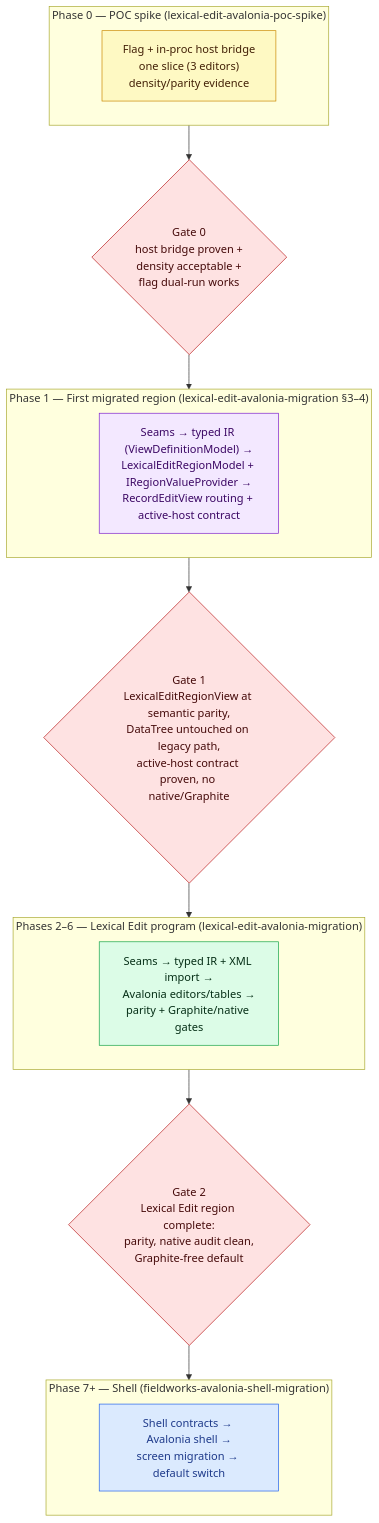
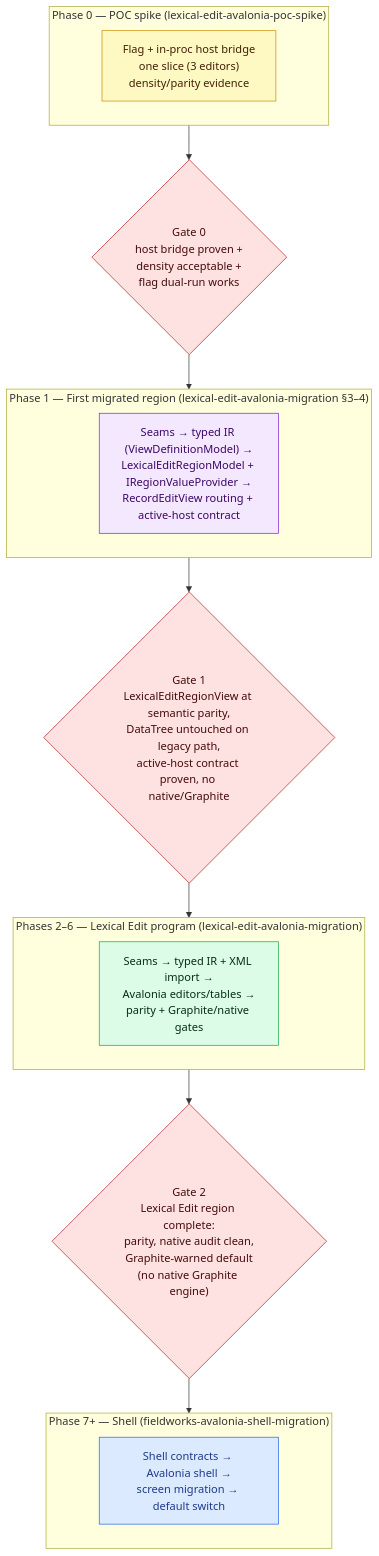
One commit to sillsdev/FieldWorks changed the first of 2 diagrams in openspec/changes/avalonia-migration-roadmap/design.md. Above: the diagram before and after it, drawn with Mermaid. The commit also changed other lines of this file and 10 other files, not shown here.

Commit message:
Pull out Graphite decommissioning to another spec.

````diff
--- a/openspec/changes/avalonia-migration-roadmap/design.md
+++ b/openspec/changes/avalonia-migration-roadmap/design.md
@@ -78,31 +78,31 @@
 ```mermaid
 flowchart TB
   subgraph P0["Phase 0 — POC spike (lexical-edit-avalonia-poc-spike)"]
     direction LR
     A0["Flag + in-proc host bridge<br/>one slice (3 editors)<br/>density/parity evidence"]:::poc
   end
   subgraph P1["Phase 1 — First migrated region (lexical-edit-avalonia-migration §3–4)"]
     direction LR
     A1["Seams → typed IR (ViewDefinitionModel) →<br/>LexicalEditRegionModel + IRegionValueProvider →<br/>RecordEditView routing + active-host contract"]:::region
   end
   subgraph P2["Phases 2–6 — Lexical Edit program (lexical-edit-avalonia-migration)"]
     direction LR
     A2["Seams → typed IR + XML import →<br/>Avalonia editors/tables →<br/>parity + Graphite/native gates"]:::spine
   end
   subgraph P7["Phase 7+ — Shell (fieldworks-avalonia-shell-migration)"]
     direction LR
     A7["Shell contracts → Avalonia shell →<br/>screen migration → default switch"]:::shell
   end
 
   G0{"Gate 0<br/>host bridge proven +<br/>density acceptable +<br/>flag dual-run works"}:::gate
   G1{"Gate 1<br/>LexicalEditRegionView at semantic parity,<br/>DataTree untouched on legacy path,<br/>active-host contract proven, no native/Graphite"}:::gate
-  G2{"Gate 2<br/>Lexical Edit region complete:<br/>parity, native audit clean,<br/>Graphite-free default"}:::gate
+  G2{"Gate 2<br/>Lexical Edit region complete:<br/>parity, native audit clean,<br/>Graphite-warned default<br/>(no native Graphite engine)"}:::gate
 
   P0 --> G0 --> P1 --> G1 --> P2 --> G2 --> P7
 
   classDef poc fill:#fef9c3,stroke:#ca8a04,color:#422006;
   classDef region fill:#f3e8ff,stroke:#7e22ce,color:#3b0764;
   classDef spine fill:#dcfce7,stroke:#16a34a,color:#052e16;
   classDef shell fill:#dbeafe,stroke:#2563eb,color:#1e3a8a;
   classDef gate fill:#fee2e2,stroke:#b91c1c,color:#450a0a;
 ```
````
